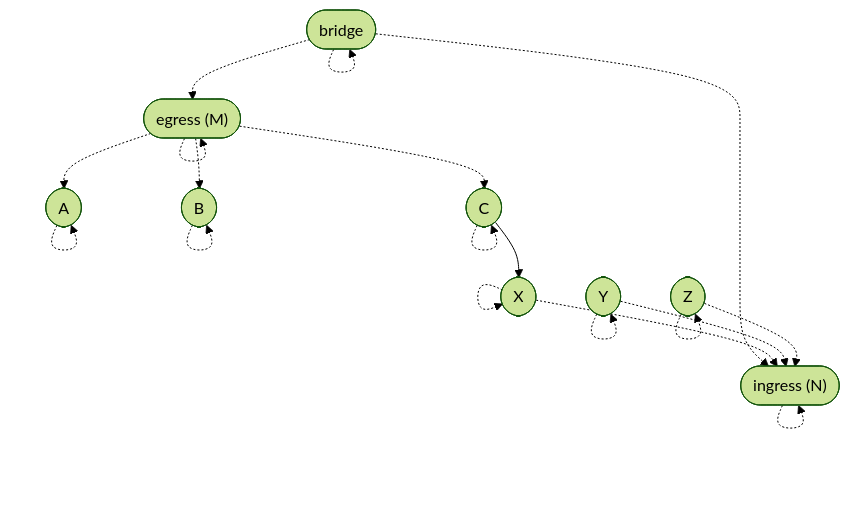
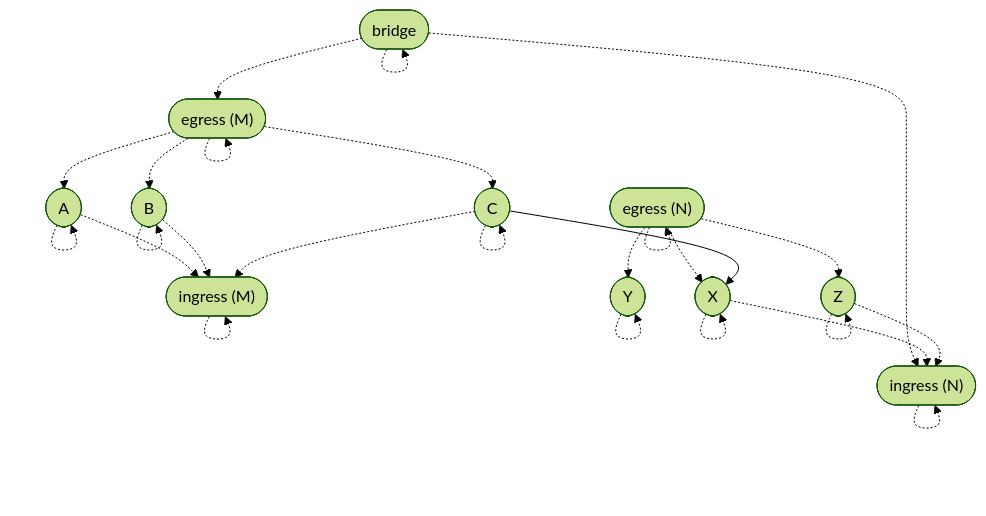
Before and after one commit to stepchowfun/proofs: diagram 14 of 14 in proofs/AdmissibilityGraph/README.md, drawn with Mermaid (forest theme). The commit also changed other lines of this file and 1 other file, not shown here.

Commit message:
Wordsmith the admissibility graph README

````diff
--- a/proofs/AdmissibilityGraph/README.md
+++ b/proofs/AdmissibilityGraph/README.md
@@ -391,32 +391,41 @@
 ```mermaid
 flowchart TD
   bridge([bridge])
   me(["egress (M)"])
   a([A])
   b([B])
   c([C])
+  mi(["ingress (M)"])
+  ne(["egress (N)"])
   x([X])
   y([Y])
   z([Z])
   ni(["ingress (N)"])
 
   bridge -.-> bridge
   me -.-> me
   a -.-> a
   b -.-> b
   c -.-> c
+  mi -.-> mi
+  ne -.-> ne
   x -.-> x
   y -.-> y
   z -.-> z
   ni -.-> ni
 
   bridge -.-> me
   me -.-> a
   me -.-> b
   me -.-> c
+  a -.-> mi
+  b -.-> mi
+  c -.-> mi
   bridge -.-> ni
+  ne -.-> x
+  ne -.-> y
+  ne -.-> z
   x -.-> ni
-  y -.-> ni
   z -.-> ni
   c --> x
 ```
````
